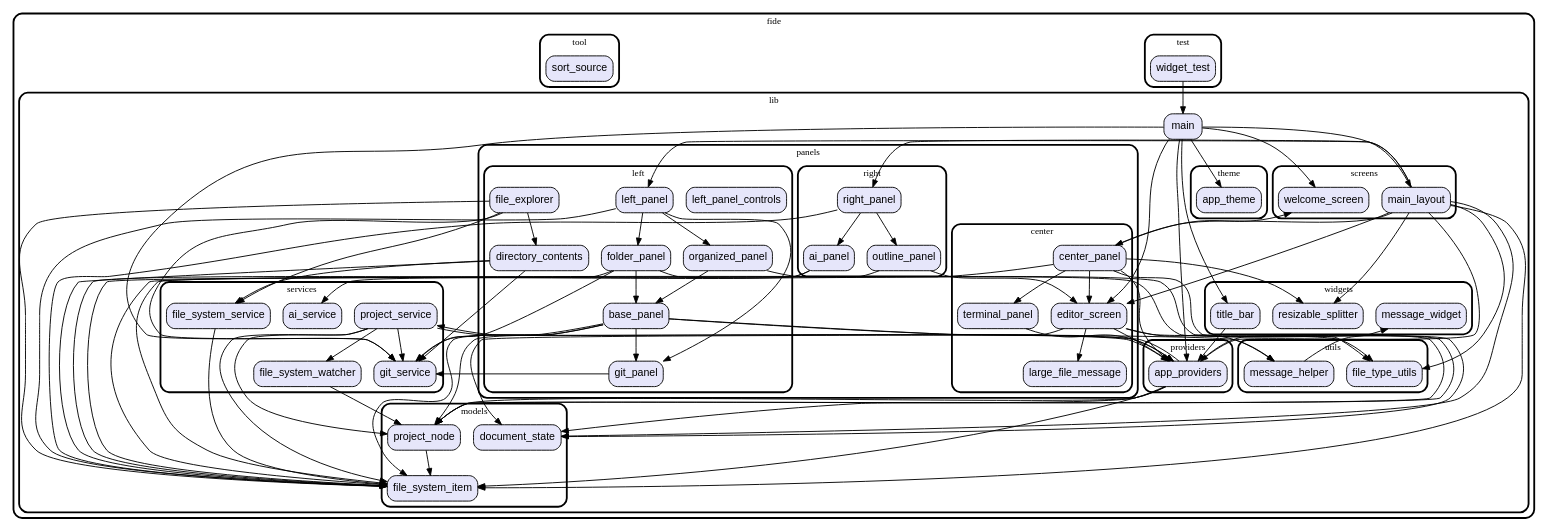
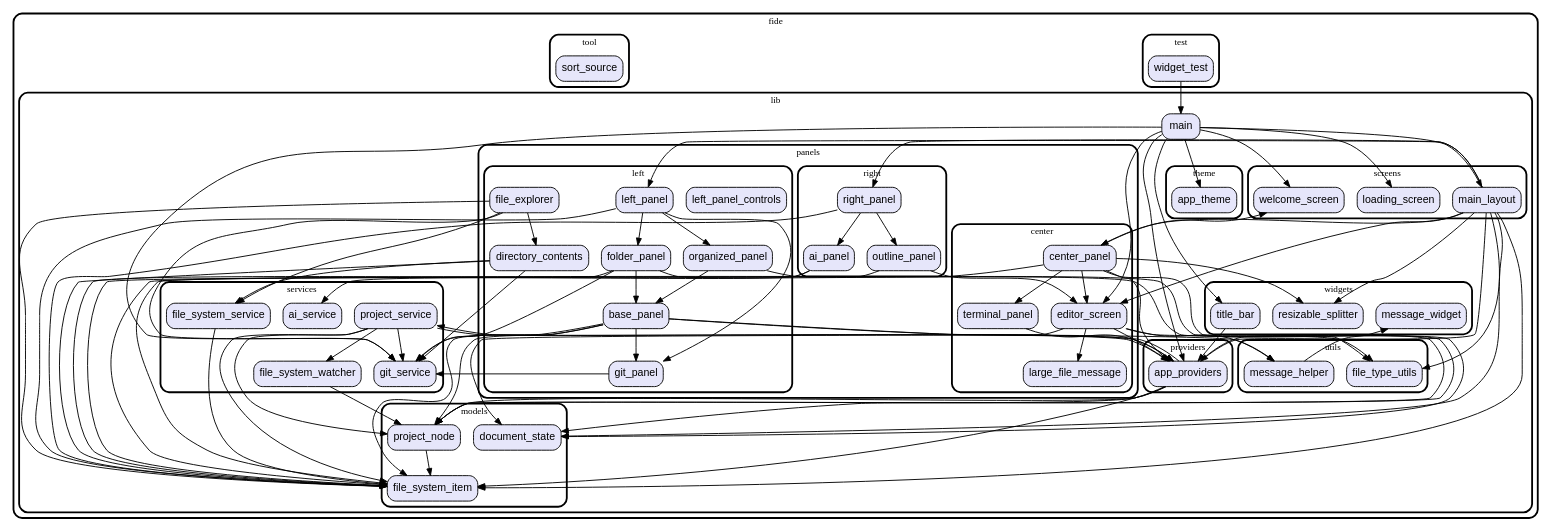
One commit to vteam-com/FIDE changed the diagram in graph.dot. Above: the diagram before and after it, drawn with Graphviz. The commit also changed 5 other files, not shown here.

Commit message:
LoadingScreen

```diff
--- a/graph.dot
+++ b/graph.dot
@@ -1,196 +1,199 @@
 digraph "" {
   graph [style=rounded fontname="Arial Black" fontsize=13 penwidth=2.6];
   node [shape=rect style="filled,rounded" fontname=Arial fontsize=15 fillcolor=Lavender penwidth=1.3];
   edge [penwidth=1.3];
   "/test/widget_test.dart" [label="widget_test"];
   "/lib/providers/app_providers.dart" [label="app_providers"];
   "/lib/panels/right/outline_panel.dart" [label="outline_panel"];
   "/lib/panels/right/ai_panel.dart" [label="ai_panel"];
   "/lib/panels/right/right_panel.dart" [label="right_panel"];
   "/lib/panels/center/large_file_message.dart" [label="large_file_message"];
   "/lib/panels/center/editor_screen.dart" [label="editor_screen"];
   "/lib/panels/center/terminal_panel.dart" [label="terminal_panel"];
   "/lib/panels/center/center_panel.dart" [label="center_panel"];
   "/lib/panels/left/git_panel.dart" [label="git_panel"];
   "/lib/panels/left/left_panel_controls.dart" [label="left_panel_controls"];
   "/lib/panels/left/base_panel.dart" [label="base_panel"];
   "/lib/panels/left/directory_contents.dart" [label="directory_contents"];
   "/lib/panels/left/folder_panel.dart" [label="folder_panel"];
   "/lib/panels/left/file_explorer.dart" [label="file_explorer"];
   "/lib/panels/left/left_panel.dart" [label="left_panel"];
   "/lib/panels/left/organized_panel.dart" [label="organized_panel"];
   "/lib/utils/message_helper.dart" [label="message_helper"];
   "/lib/utils/file_type_utils.dart" [label="file_type_utils"];
   "/lib/models/project_node.dart" [label="project_node"];
   "/lib/models/document_state.dart" [label="document_state"];
   "/lib/models/file_system_item.dart" [label="file_system_item"];
   "/lib/screens/main_layout.dart" [label="main_layout"];
+  "/lib/screens/loading_screen.dart" [label="loading_screen"];
   "/lib/screens/welcome_screen.dart" [label="welcome_screen"];
   "/lib/main.dart" [label="main"];
   "/lib/theme/app_theme.dart" [label="app_theme"];
   "/lib/services/project_service.dart" [label="project_service"];
   "/lib/services/git_service.dart" [label="git_service"];
   "/lib/services/file_system_watcher.dart" [label="file_system_watcher"];
   "/lib/services/ai_service.dart" [label="ai_service"];
   "/lib/services/file_system_service.dart" [label="file_system_service"];
   "/lib/widgets/resizable_splitter.dart" [label="resizable_splitter"];
   "/lib/widgets/title_bar.dart" [label="title_bar"];
   "/lib/widgets/message_widget.dart" [label="message_widget"];
   "/tool/sort_source.dart" [label="sort_source"];
   subgraph "cluster~" {
     label="fide";
     subgraph "cluster~/test" {
       label="test";
       "/test/widget_test.dart";
     }
     subgraph "cluster~/lib" {
       label="lib";
       "/lib/main.dart";
       subgraph "cluster~/lib/providers" {
         label="providers";
         "/lib/providers/app_providers.dart";
       }
       subgraph "cluster~/lib/panels" {
         label="panels";
         subgraph "cluster~/lib/panels/right" {
           label="right";
           "/lib/panels/right/outline_panel.dart";
           "/lib/panels/right/ai_panel.dart";
           "/lib/panels/right/right_panel.dart";
         }
         subgraph "cluster~/lib/panels/center" {
           label="center";
           "/lib/panels/center/large_file_message.dart";
           "/lib/panels/center/editor_screen.dart";
           "/lib/panels/center/terminal_panel.dart";
           "/lib/panels/center/center_panel.dart";
         }
         subgraph "cluster~/lib/panels/left" {
           label="left";
           "/lib/panels/left/git_panel.dart";
           "/lib/panels/left/left_panel_controls.dart";
           "/lib/panels/left/base_panel.dart";
           "/lib/panels/left/directory_contents.dart";
           "/lib/panels/left/folder_panel.dart";
           "/lib/panels/left/file_explorer.dart";
           "/lib/panels/left/left_panel.dart";
           "/lib/panels/left/organized_panel.dart";
         }
       }
       subgraph "cluster~/lib/utils" {
         label="utils";
         "/lib/utils/message_helper.dart";
         "/lib/utils/file_type_utils.dart";
       }
       subgraph "cluster~/lib/models" {
         label="models";
         "/lib/models/project_node.dart";
         "/lib/models/document_state.dart";
         "/lib/models/file_system_item.dart";
       }
       subgraph "cluster~/lib/screens" {
         label="screens";
         "/lib/screens/main_layout.dart";
+        "/lib/screens/loading_screen.dart";
         "/lib/screens/welcome_screen.dart";
       }
       subgraph "cluster~/lib/theme" {
         label="theme";
         "/lib/theme/app_theme.dart";
       }
       subgraph "cluster~/lib/services" {
         label="services";
         "/lib/services/project_service.dart";
         "/lib/services/git_service.dart";
         "/lib/services/file_system_watcher.dart";
         "/lib/services/ai_service.dart";
         "/lib/services/file_system_service.dart";
       }
       subgraph "cluster~/lib/widgets" {
         label="widgets";
         "/lib/widgets/resizable_splitter.dart";
         "/lib/widgets/title_bar.dart";
         "/lib/widgets/message_widget.dart";
       }
     }
     subgraph "cluster~/tool" {
       label="tool";
       "/tool/sort_source.dart";
     }
   }
   "/test/widget_test.dart" -> "/lib/main.dart";
   "/lib/providers/app_providers.dart" -> "/lib/models/file_system_item.dart";
   "/lib/providers/app_providers.dart" -> "/lib/models/project_node.dart";
   "/lib/providers/app_providers.dart" -> "/lib/models/document_state.dart";
   "/lib/providers/app_providers.dart" -> "/lib/services/project_service.dart";
   "/lib/providers/app_providers.dart" -> "/lib/utils/file_type_utils.dart";
   "/lib/panels/right/outline_panel.dart" -> "/lib/models/file_system_item.dart";
   "/lib/panels/right/outline_panel.dart" -> "/lib/panels/center/editor_screen.dart";
   "/lib/panels/right/ai_panel.dart" -> "/lib/services/ai_service.dart";
   "/lib/panels/right/ai_panel.dart" -> "/lib/models/file_system_item.dart";
   "/lib/panels/right/right_panel.dart" -> "/lib/panels/right/outline_panel.dart";
   "/lib/panels/right/right_panel.dart" -> "/lib/panels/right/ai_panel.dart";
   "/lib/panels/right/right_panel.dart" -> "/lib/models/file_system_item.dart";
   "/lib/panels/center/editor_screen.dart" -> "/lib/panels/center/large_file_message.dart";
   "/lib/panels/center/editor_screen.dart" -> "/lib/providers/app_providers.dart";
   "/lib/panels/center/editor_screen.dart" -> "/lib/utils/message_helper.dart";
   "/lib/panels/center/editor_screen.dart" -> "/lib/utils/file_type_utils.dart";
   "/lib/panels/center/editor_screen.dart" -> "/lib/models/document_state.dart";
   "/lib/panels/center/terminal_panel.dart" -> "/lib/providers/app_providers.dart";
   "/lib/panels/center/center_panel.dart" -> "/lib/models/document_state.dart";
   "/lib/panels/center/center_panel.dart" -> "/lib/providers/app_providers.dart";
   "/lib/panels/center/center_panel.dart" -> "/lib/screens/welcome_screen.dart";
   "/lib/panels/center/center_panel.dart" -> "/lib/panels/center/editor_screen.dart";
   "/lib/panels/center/center_panel.dart" -> "/lib/panels/center/terminal_panel.dart";
   "/lib/panels/center/center_panel.dart" -> "/lib/widgets/resizable_splitter.dart";
   "/lib/panels/center/center_panel.dart" -> "/lib/models/file_system_item.dart";
   "/lib/panels/left/git_panel.dart" -> "/lib/services/git_service.dart";
   "/lib/panels/left/base_panel.dart" -> "/lib/models/project_node.dart";
   "/lib/panels/left/base_panel.dart" -> "/lib/models/file_system_item.dart";
   "/lib/panels/left/base_panel.dart" -> "/lib/services/git_service.dart";
   "/lib/panels/left/base_panel.dart" -> "/lib/utils/message_helper.dart";
   "/lib/panels/left/base_panel.dart" -> "/lib/panels/left/git_panel.dart";
   "/lib/panels/left/base_panel.dart" -> "/lib/providers/app_providers.dart";
   "/lib/panels/left/directory_contents.dart" -> "/lib/services/file_system_service.dart";
   "/lib/panels/left/directory_contents.dart" -> "/lib/services/git_service.dart";
   "/lib/panels/left/directory_contents.dart" -> "/lib/models/file_system_item.dart";
   "/lib/panels/left/folder_panel.dart" -> "/lib/models/project_node.dart";
   "/lib/panels/left/folder_panel.dart" -> "/lib/models/file_system_item.dart";
   "/lib/panels/left/folder_panel.dart" -> "/lib/services/git_service.dart";
   "/lib/panels/left/folder_panel.dart" -> "/lib/panels/left/base_panel.dart";
   "/lib/panels/left/file_explorer.dart" -> "/lib/services/file_system_service.dart";
   "/lib/panels/left/file_explorer.dart" -> "/lib/services/git_service.dart";
   "/lib/panels/left/file_explorer.dart" -> "/lib/models/file_system_item.dart";
   "/lib/panels/left/file_explorer.dart" -> "/lib/panels/left/directory_contents.dart";
   "/lib/panels/left/left_panel.dart" -> "/lib/panels/left/folder_panel.dart";
   "/lib/panels/left/left_panel.dart" -> "/lib/panels/left/organized_panel.dart";
   "/lib/panels/left/left_panel.dart" -> "/lib/panels/left/git_panel.dart";
   "/lib/panels/left/left_panel.dart" -> "/lib/models/file_system_item.dart";
   "/lib/panels/left/organized_panel.dart" -> "/lib/models/project_node.dart";
   "/lib/panels/left/organized_panel.dart" -> "/lib/panels/left/base_panel.dart";
   "/lib/utils/message_helper.dart" -> "/lib/widgets/message_widget.dart";
   "/lib/models/project_node.dart" -> "/lib/models/file_system_item.dart";
   "/lib/screens/main_layout.dart" -> "/lib/panels/center/editor_screen.dart";
   "/lib/screens/main_layout.dart" -> "/lib/providers/app_providers.dart";
   "/lib/screens/main_layout.dart" -> "/lib/models/file_system_item.dart";
   "/lib/screens/main_layout.dart" -> "/lib/models/document_state.dart";
   "/lib/screens/main_layout.dart" -> "/lib/utils/file_type_utils.dart";
   "/lib/screens/main_layout.dart" -> "/lib/widgets/resizable_splitter.dart";
   "/lib/screens/main_layout.dart" -> "/lib/panels/left/left_panel.dart";
   "/lib/screens/main_layout.dart" -> "/lib/panels/center/center_panel.dart";
   "/lib/screens/main_layout.dart" -> "/lib/panels/right/right_panel.dart";
   "/lib/main.dart" -> "/lib/providers/app_providers.dart";
   "/lib/main.dart" -> "/lib/screens/main_layout.dart";
   "/lib/main.dart" -> "/lib/widgets/title_bar.dart";
   "/lib/main.dart" -> "/lib/panels/center/editor_screen.dart";
+  "/lib/main.dart" -> "/lib/screens/loading_screen.dart";
   "/lib/main.dart" -> "/lib/screens/welcome_screen.dart";
   "/lib/main.dart" -> "/lib/services/git_service.dart";
   "/lib/main.dart" -> "/lib/theme/app_theme.dart";
   "/lib/services/project_service.dart" -> "/lib/models/project_node.dart";
   "/lib/services/project_service.dart" -> "/lib/models/file_system_item.dart";
   "/lib/services/project_service.dart" -> "/lib/services/git_service.dart";
   "/lib/services/project_service.dart" -> "/lib/services/file_system_watcher.dart";
   "/lib/services/project_service.dart" -> "/lib/providers/app_providers.dart";
   "/lib/services/file_system_watcher.dart" -> "/lib/models/project_node.dart";
   "/lib/services/file_system_service.dart" -> "/lib/models/file_system_item.dart";
   "/lib/widgets/title_bar.dart" -> "/lib/providers/app_providers.dart";
 }
```
